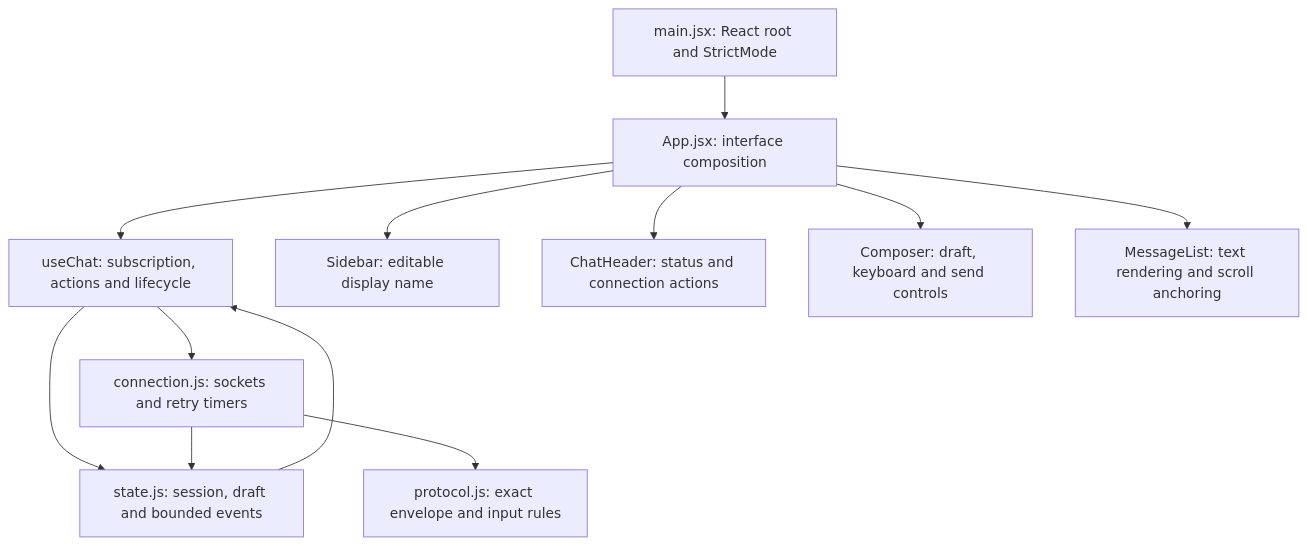
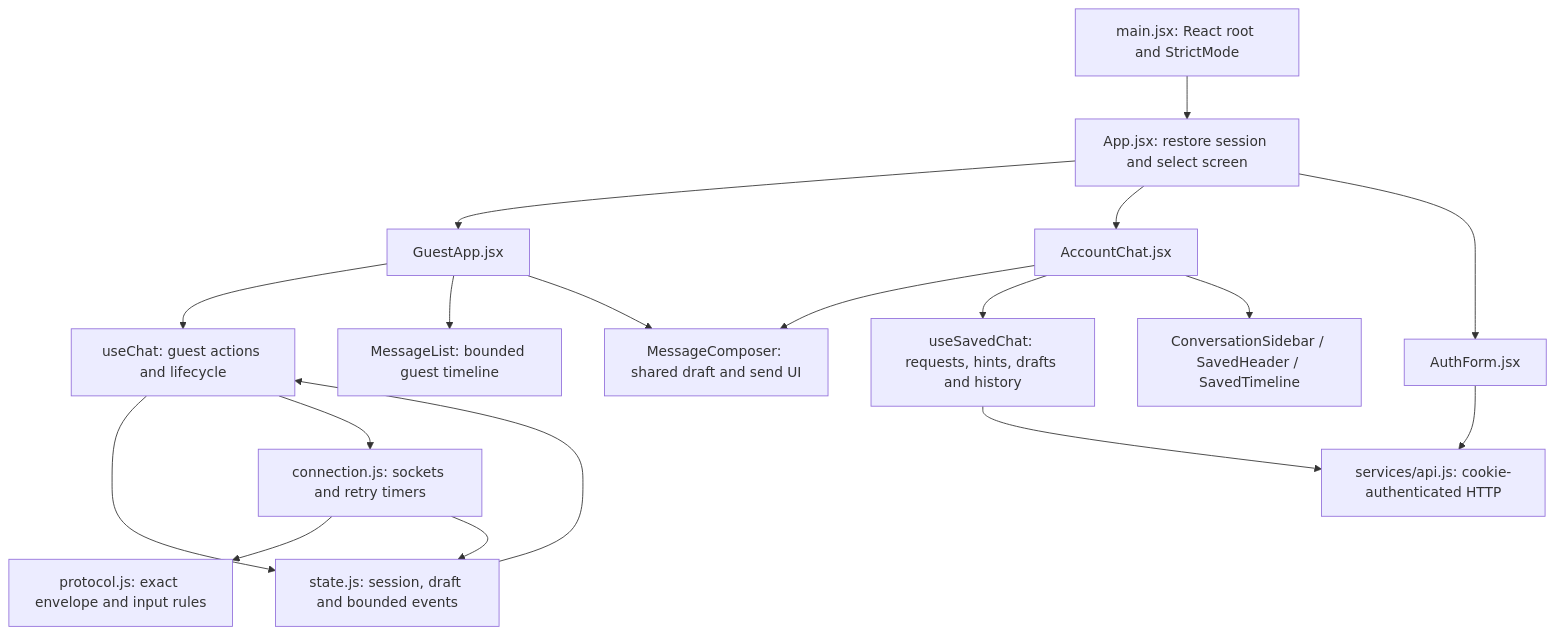
One commit to pawankgandhi15/Chat_App changed the diagram in docs/FRONTEND.md. Above: the diagram before and after it, drawn with Mermaid. The commit also changed other lines of this file and 25 other files, not shown here.

```diff
--- a/docs/FRONTEND.md
+++ b/docs/FRONTEND.md
@@ -23,14 +23,20 @@
 ~~~mermaid
 flowchart TD
-    Entry["main.jsx: React root and StrictMode"] --> App["App.jsx: interface composition"]
-    App --> Hook["useChat: subscription, actions and lifecycle"]
-    App --> Sidebar["Sidebar: editable display name"]
-    App --> Header["ChatHeader: status and connection actions"]
-    App --> Composer["Composer: draft, keyboard and send controls"]
-    App --> Messages["MessageList: text rendering and scroll anchoring"]
+    Entry["main.jsx: React root and StrictMode"] --> App["App.jsx: restore session and select screen"]
+    App --> Guest["GuestApp.jsx"]
+    App --> Account["AccountChat.jsx"]
+    App --> Auth["AuthForm.jsx"]
+    Guest --> Hook["useChat: guest actions and lifecycle"]
+    Guest --> Messages["MessageList: bounded guest timeline"]
+    Guest --> Composer["MessageComposer: shared draft and send UI"]
+    Account --> Composer
+    Account --> SavedHook["useSavedChat: requests, hints, drafts and history"]
+    Account --> SavedUI["ConversationSidebar / SavedHeader / SavedTimeline"]
+    SavedHook --> API["services/api.js: cookie-authenticated HTTP"]
+    Auth --> API
     Hook --> Store["state.js: session, draft and bounded events"]
     Hook --> Connection["connection.js: sockets and retry timers"]
     Connection --> Parser["protocol.js: exact envelope and input rules"]
     Connection --> Store
     Store --> Hook
 ~~~
```
